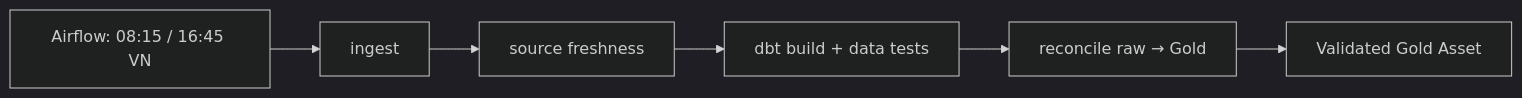
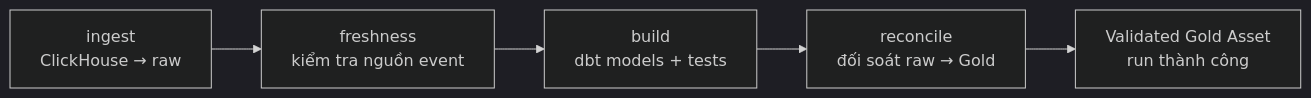
Before and after one commit to PhucTruong11/laplaptech_pipeline: the second of 5 diagrams in docs/architecture/data_flow.md, drawn with Mermaid (dark theme). The commit also changed other lines of this file and 15 other files, not shown here.

Commit message:
Document shared platform architecture and simplify project guides

````diff
--- a/docs/architecture/data_flow.md
+++ b/docs/architecture/data_flow.md
@@ -33,8 +32,7 @@
 ```mermaid
 flowchart LR
-    A["Airflow: 08:15 / 16:45 VN"] --> I["ingest"]
-    I --> F["source freshness"]
-    F --> B["dbt build + data tests"]
-    B --> R["reconcile raw → Gold"]
-    R --> G["Validated Gold Asset"]
+    A[ingest<br/>ClickHouse → raw] --> B[freshness<br/>kiểm tra nguồn event]
+    B --> C[build<br/>dbt models + tests]
+    C --> D[reconcile<br/>đối soát raw → Gold]
+    D --> E[Validated Gold Asset<br/>run thành công]
 ```
````
